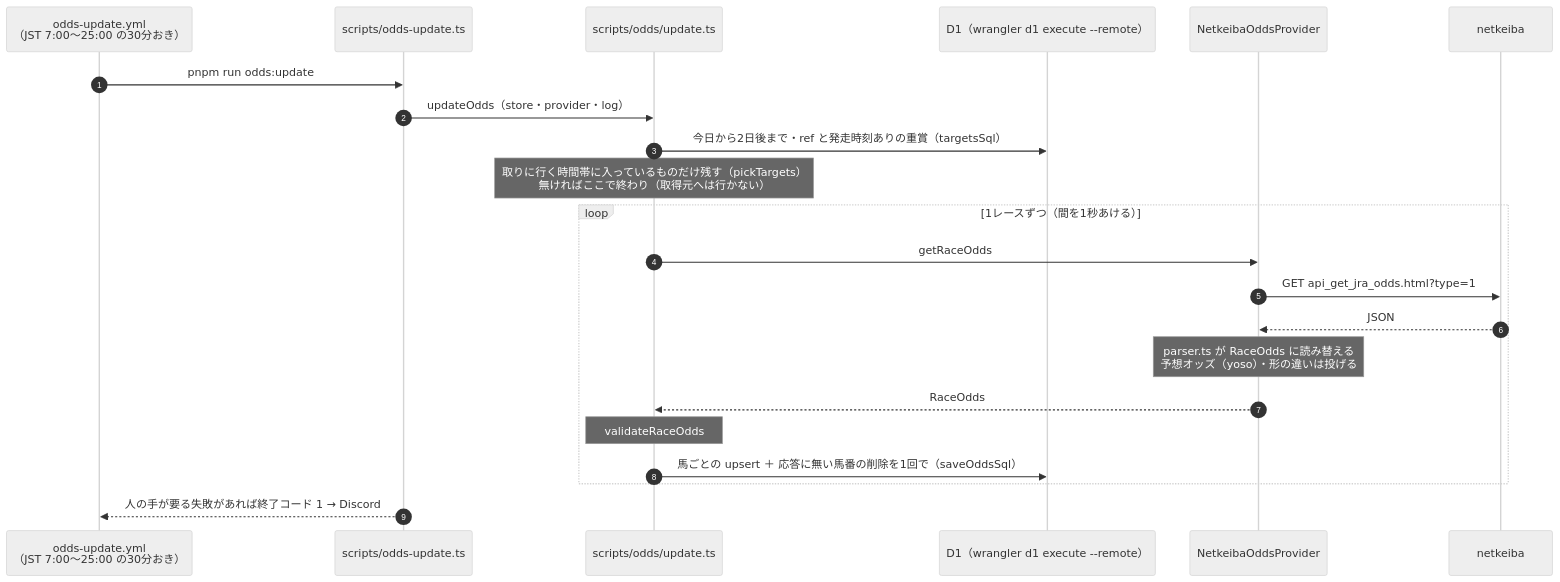
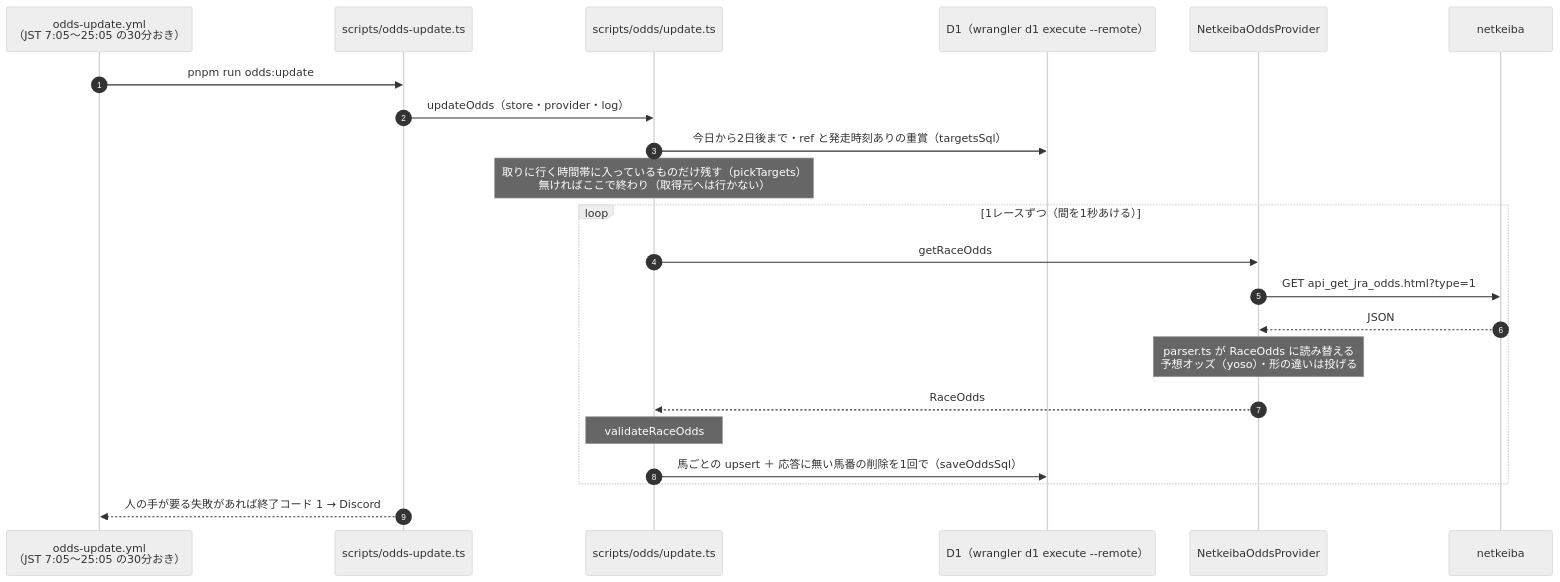
One commit to Atoyr/keiba-note changed the seventh of 11 diagrams in docs/architecture.md. Above: the diagram before and after it, drawn with Mermaid (neutral theme). The commit also changed other lines of this file and 5 other files, not shown here.

````diff
--- a/docs/architecture.md
+++ b/docs/architecture.md
@@ -490,25 +490,25 @@
 ```mermaid
 sequenceDiagram
     autonumber
-    participant A as odds-update.yml<br/>（JST 7:00〜25:00 の30分おき）
+    participant A as odds-update.yml<br/>（JST 7:05〜25:05 の30分おき）
     participant S as scripts/odds-update.ts
     participant U as scripts/odds/update.ts
     participant D as D1（wrangler d1 execute --remote）
     participant P as NetkeibaOddsProvider
     participant N as netkeiba
 
     A->>S: pnpm run odds:update
     S->>U: updateOdds（store・provider・log）
     U->>D: 今日から2日後まで・ref と発走時刻ありの重賞（targetsSql）
     Note over U: 取りに行く時間帯に入っているものだけ残す（pickTargets）<br/>無ければここで終わり（取得元へは行かない）
     loop 1レースずつ（間を1秒あける）
         U->>P: getRaceOdds
         P->>N: GET api_get_jra_odds.html?type=1
         N-->>P: JSON
         Note over P: parser.ts が RaceOdds に読み替える<br/>予想オッズ（yoso）・形の違いは投げる
         P-->>U: RaceOdds
         Note over U: validateRaceOdds
         U->>D: 馬ごとの upsert ＋ 応答に無い馬番の削除を1回で（saveOddsSql）
     end
     S-->>A: 人の手が要る失敗があれば終了コード 1 → Discord
 ```
````
